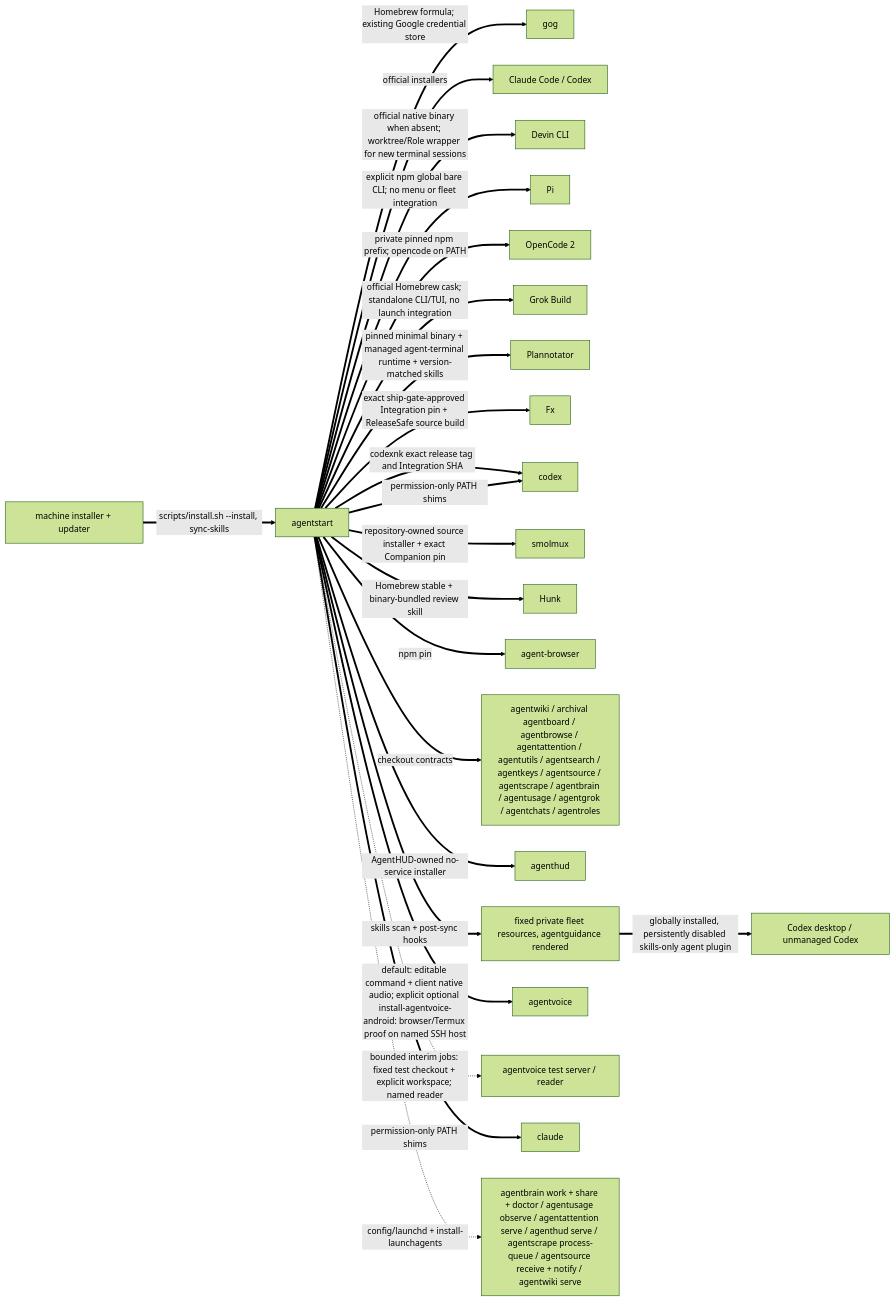
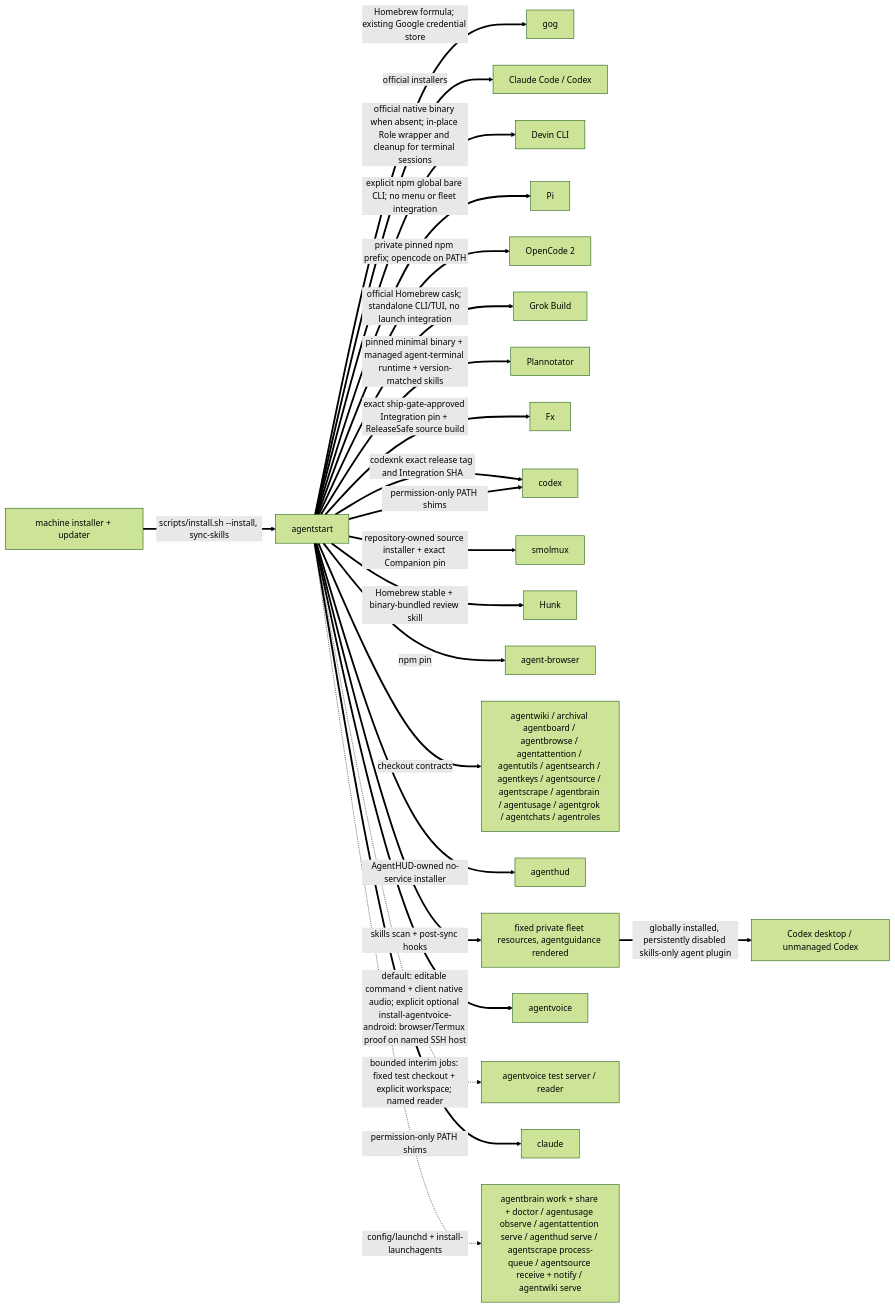
One commit to possibilities/agentstart changed the second of 3 diagrams in skills/fleet/MAP.md. Above: the diagram before and after it, drawn with Mermaid (forest theme). The commit also changed other lines of this file and 22 other files, not shown here.

Commit message:
Run terminal Devin in place with guarded snapshot cleanup

````diff
--- a/skills/fleet/MAP.md
+++ b/skills/fleet/MAP.md
@@ -98,27 +98,27 @@
 ```mermaid
 flowchart LR
     machine[machine installer + updater]
     start[agentstart]
 
     machine ==>|scripts/install.sh --install, sync-skills| start
     start ==>|Homebrew formula; existing Google credential store| gog
     start ==>|official installers| harnesses[Claude Code / Codex]
-    start ==>|official native binary when absent; worktree/Role wrapper for new terminal sessions| devin[Devin CLI]
+    start ==>|official native binary when absent; in-place Role wrapper and cleanup for terminal sessions| devin[Devin CLI]
     start ==>|explicit npm global bare CLI; no menu or fleet integration| pi[Pi]
     start ==>|private pinned npm prefix; opencode on PATH| opencode_v2[OpenCode 2]
     start ==>|official Homebrew cask; standalone CLI/TUI, no launch integration| grok[Grok Build]
     start ==>|pinned minimal binary + managed agent-terminal runtime + version-matched skills| plannotator[Plannotator]
     start ==>|exact ship-gate-approved Integration pin + ReleaseSafe source build| fx[Fx]
     start ==>|codexnk exact release tag and Integration SHA| codex
     start ==>|repository-owned source installer + exact Companion pin| smolmuxInstall[smolmux]
     start ==>|Homebrew stable + binary-bundled review skill| hunk[Hunk]
     start ==>|npm pin| browser[agent-browser]
     start ==>|checkout contracts| fleet[agentwiki / archival agentboard / agentbrowse / agentattention / agentutils / agentsearch / agentkeys / agentsource / agentscrape / agentbrain / agentusage / agentgrok / agentchats / agentroles]
     start ==>|AgentHUD-owned no-service installer| hudInstall[agenthud]
     start ==>|skills scan + post-sync hooks| skills[fixed private fleet resources, agentguidance rendered]
     start ==>|default: editable command + client native audio; explicit optional install-agentvoice-android: browser/Termux proof on named SSH host| voiceInstall[agentvoice]
     start -.->|bounded interim jobs: fixed test checkout + explicit workspace; named reader| voiceTest[agentvoice test server / reader]
     start ==>|permission-only PATH shims| claude & codex
     skills ==>|globally installed, persistently disabled skills-only agent plugin| codexDesktop[Codex desktop / unmanaged Codex]
     start -.->|config/launchd + install-launchagents| services[agentbrain work + share + doctor / agentusage observe / agentattention serve / agenthud serve / agentscrape process-queue / agentsource receive + notify / agentwiki serve]
 ```
````
